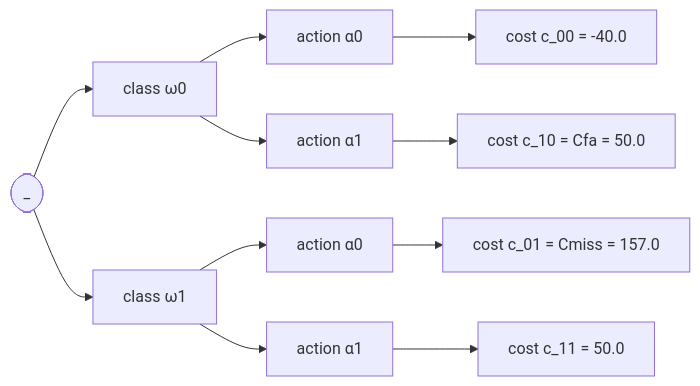
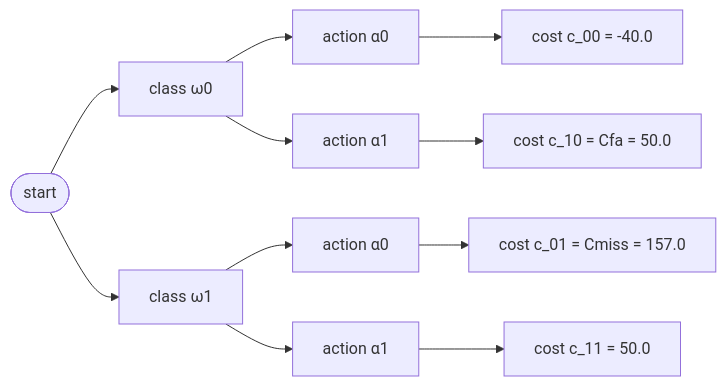
The diagram in _posts/2021-09-18-Decisions-Part-2.markdown (mkffl/mkffl.github.io), drawn with Mermaid before and after one commit. The commit also changed other lines of this file and 1 other file, not shown here.

```diff
--- a/_posts/2021-09-18-Decisions-Part-2.markdown
+++ b/_posts/2021-09-18-Decisions-Part-2.markdown
@@ -149,13 +147,13 @@
 <div class="mermaid"> 
     graph LR;
-    id0([_]) --> id11[class ω0];
-    id0([_]) --> id12[class ω1];
+    id0([start]) --> id11[class ω0];
+    id0([start]) --> id12[class ω1];
     id11[class ω0]-->id21[α0]; 
     id11[class ω0]-->id22[α1]; 
     id12[class ω1]-->id31[α0]; 
     id12[class ω1]-->id32[α1];
     id21[action α0] --> id41[cost c_00 = -40.0];
     id22[action α1] --> id42[cost c_10 = Cfa = 50.0];
     id31[action α0] --> id43[cost c_01 = Cmiss = 157.0];
     id32[action α1] --> id44[cost c_11 = 50.0];
 </div>
```
